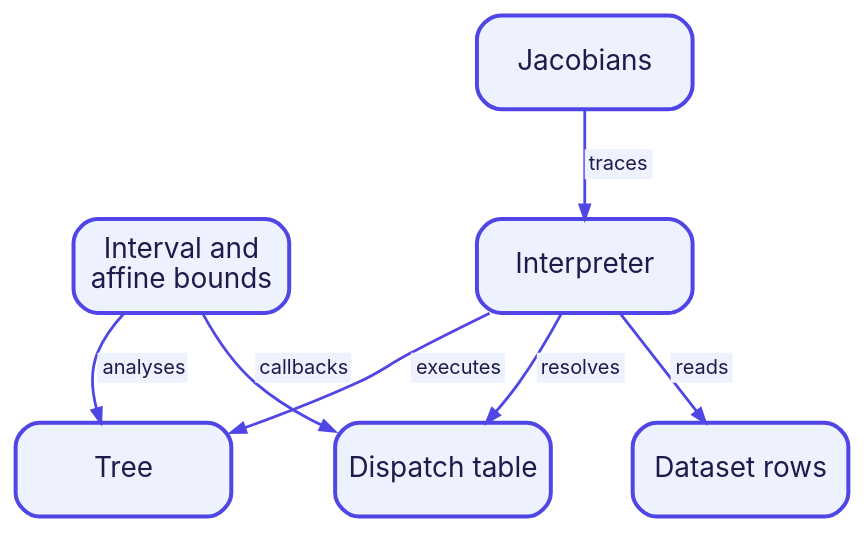
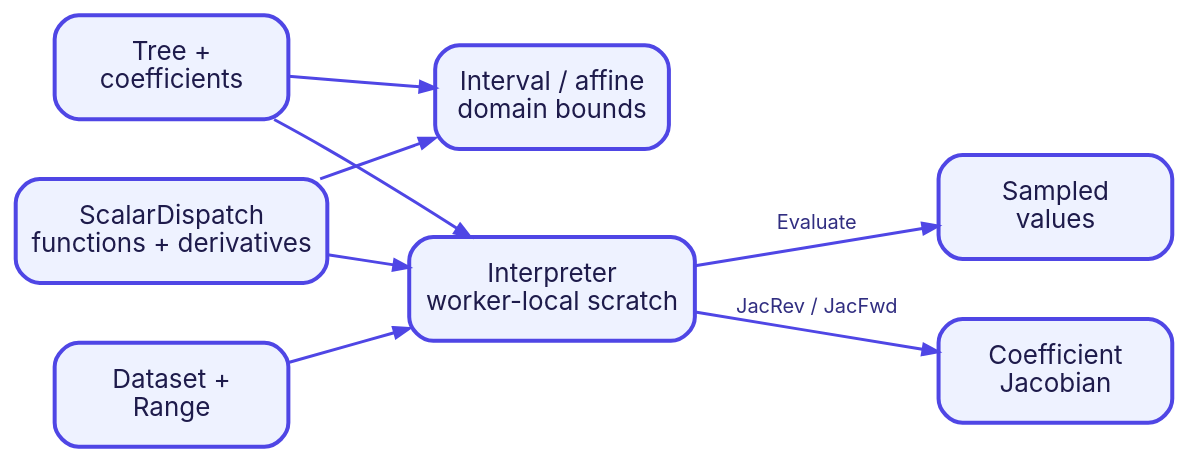
The diagram in docs/mkdocs/diagrams/execution.dot (heal-research/operon), drawn with Graphviz before and after one commit. The commit also changed 19 other files, not shown here.

Commit message:
Expand architecture and API documentation

```diff
--- a/docs/mkdocs/diagrams/execution.dot
+++ b/docs/mkdocs/diagrams/execution.dot
@@ -1,19 +1,21 @@
 digraph execution {
-  graph [rankdir=TB, bgcolor="transparent", nodesep=0.4, ranksep=0.55, pad=0.1];
-  node [shape=box, style="rounded,filled", fillcolor="#EEF2FF", color="#4F46E5", penwidth=2, fontname="Inter", fontsize=14, fontcolor="#1E1B4B", width=1.5, height=0.65, fixedsize=true];
-  edge [color="#4F46E5", penwidth=1.4, arrowsize=0.7, fontname="Inter", fontsize=10, fontcolor="#312E81"];
+  graph [rankdir=LR, bgcolor="transparent", nodesep=0.42, ranksep=0.55, pad=0.12];
+  node [shape=box, style="rounded,filled", fillcolor="#EEF2FF", color="#4F46E5", penwidth=2, fontname="Inter", fontsize=13, fontcolor="#1E1B4B", width=1.62, height=0.72];
+  edge [color="#4F46E5", penwidth=1.5, arrowsize=0.75, fontname="Inter", fontsize=10, fontcolor="#312E81"];
 
-  derivatives [label="Jacobians"];
-  bounds [label="Interval and\naffine bounds"];
-  interpreter [label="Interpreter"];
-  tree [label="Tree"];
-  dataset [label="Dataset rows"];
-  dispatch [label="Dispatch table"];
+  tree [label="Tree +\ncoefficients"];
+  dataset [label="Dataset +\nRange"];
+  dispatch [label="ScalarDispatch\nfunctions + derivatives"];
+  interpreter [label="Interpreter\nworker-local scratch"];
+  values [label="Sampled\nvalues"];
+  jacobian [label="Coefficient\nJacobian"];
+  bounds [label="Interval / affine\ndomain bounds"];
 
-  derivatives -> interpreter [label=<<TABLE BORDER="0" CELLBORDER="0" CELLSPACING="0" CELLPADDING="2" BGCOLOR="#EEF2FF"><TR><TD><FONT COLOR="#1E1B4B">traces</FONT></TD></TR></TABLE>>];
-  bounds -> tree [label=<<TABLE BORDER="0" CELLBORDER="0" CELLSPACING="0" CELLPADDING="2" BGCOLOR="#EEF2FF"><TR><TD><FONT COLOR="#1E1B4B">analyses</FONT></TD></TR></TABLE>>];
-  bounds -> dispatch [label=<<TABLE BORDER="0" CELLBORDER="0" CELLSPACING="0" CELLPADDING="2" BGCOLOR="#EEF2FF"><TR><TD><FONT COLOR="#1E1B4B">callbacks</FONT></TD></TR></TABLE>>];
-  interpreter -> tree [label=<<TABLE BORDER="0" CELLBORDER="0" CELLSPACING="0" CELLPADDING="2" BGCOLOR="#EEF2FF"><TR><TD><FONT COLOR="#1E1B4B">executes</FONT></TD></TR></TABLE>>];
-  interpreter -> dataset [label=<<TABLE BORDER="0" CELLBORDER="0" CELLSPACING="0" CELLPADDING="2" BGCOLOR="#EEF2FF"><TR><TD><FONT COLOR="#1E1B4B">reads</FONT></TD></TR></TABLE>>];
-  interpreter -> dispatch [label=<<TABLE BORDER="0" CELLBORDER="0" CELLSPACING="0" CELLPADDING="2" BGCOLOR="#EEF2FF"><TR><TD><FONT COLOR="#1E1B4B">resolves</FONT></TD></TR></TABLE>>];
+  tree -> interpreter;
+  dataset -> interpreter;
+  dispatch -> interpreter;
+  interpreter -> values [label="Evaluate"];
+  interpreter -> jacobian [label="JacRev / JacFwd"];
+  tree -> bounds;
+  dispatch -> bounds;
 }
```
